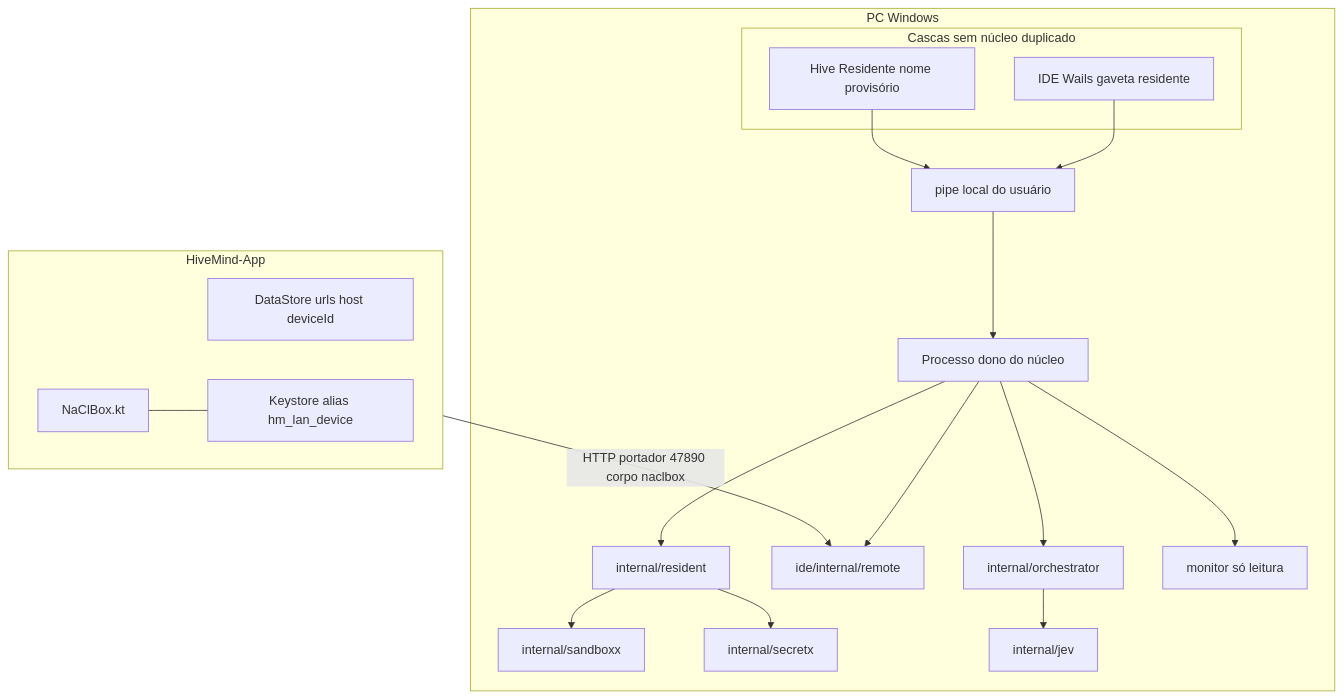
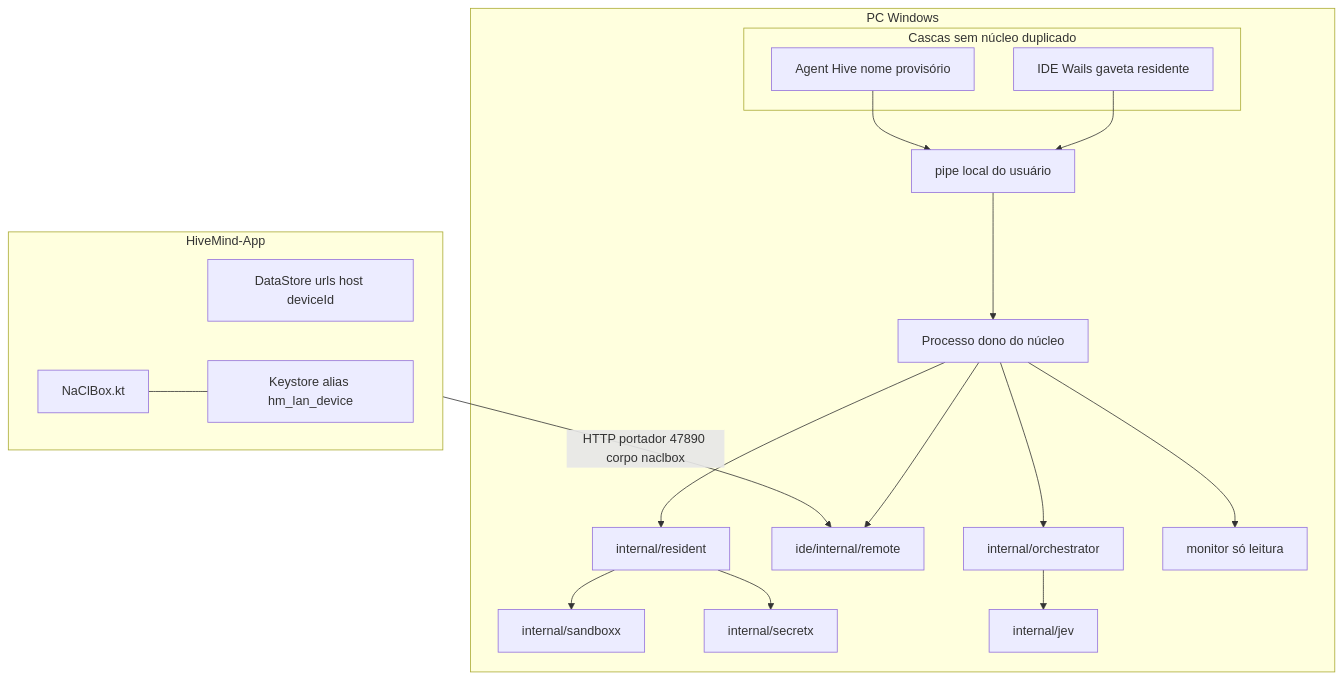
One commit to gilvan-Borges/hivemind changed the first of 3 diagrams in docs/SPEC_ATUALIZACAO.md. Above: the diagram before and after it, drawn with Mermaid. The commit also changed other lines of this file and 15 other files, not shown here.

Commit message:
feat(chrome,resident): unify Agent Hive naming, live sidepanel progress, and background Chrome CDP

````diff
--- a/docs/SPEC_ATUALIZACAO.md
+++ b/docs/SPEC_ATUALIZACAO.md
@@ -126,35 +126,35 @@
 ```mermaid
 flowchart TB
   subgraph phone [HiveMind-App]
     PairStore[DataStore urls host deviceId]
     LanVault[Keystore alias hm_lan_device]
     NaCl[NaClBox.kt]
   end
   subgraph pc [PC Windows]
     subgraph shells [Cascas sem núcleo duplicado]
       IDE[IDE Wails gaveta residente]
-      Orb[Hive Residente nome provisório]
+      Orb[Agent Hive nome provisório]
     end
     Pipe[pipe local do usuário]
     Owner[Processo dono do núcleo]
     Resident[internal/resident]
     Sandbox[internal/sandboxx]
     Vault[internal/secretx]
     Bridge[ide/internal/remote]
     Squad[internal/orchestrator]
     Jev[internal/jev]
     Watch[monitor só leitura]
   end
   phone -->|HTTP portador 47890 corpo naclbox| Bridge
   NaCl --- LanVault
   IDE --> Pipe
   Orb --> Pipe
   Pipe --> Owner
   Owner --> Resident
   Resident --> Sandbox
   Resident --> Vault
   Owner --> Bridge
   Owner --> Squad
   Squad --> Jev
   Owner --> Watch
 ```
````
